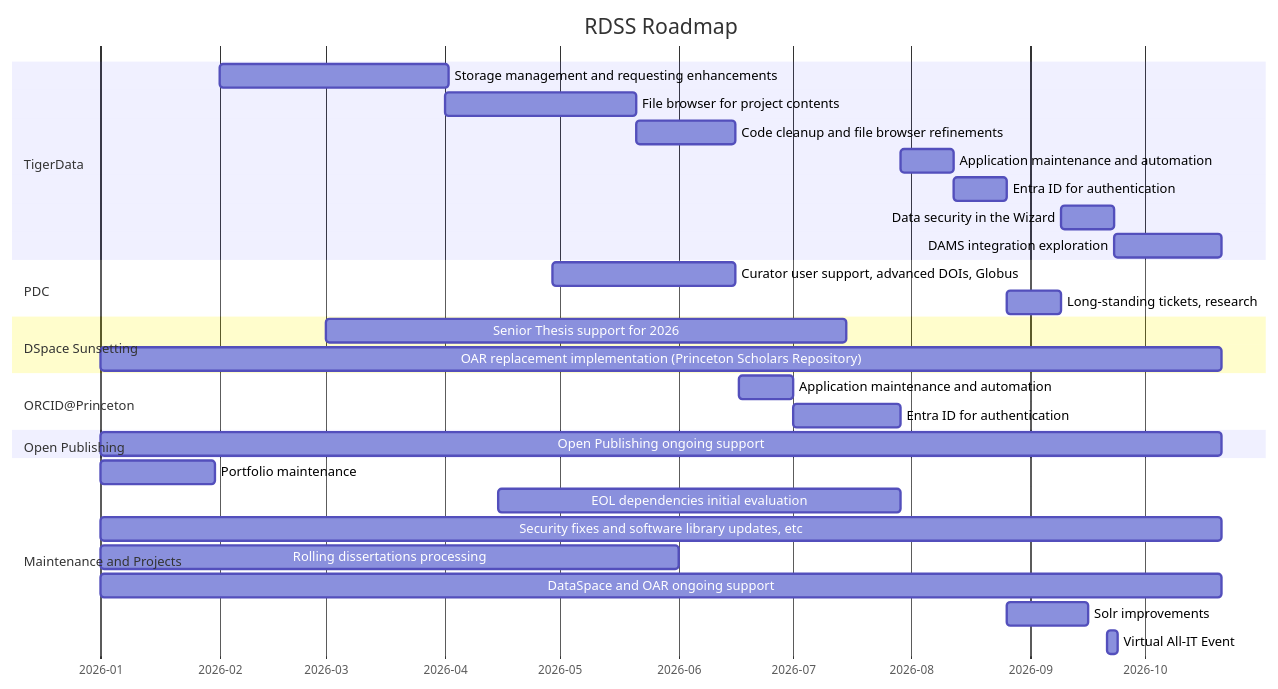
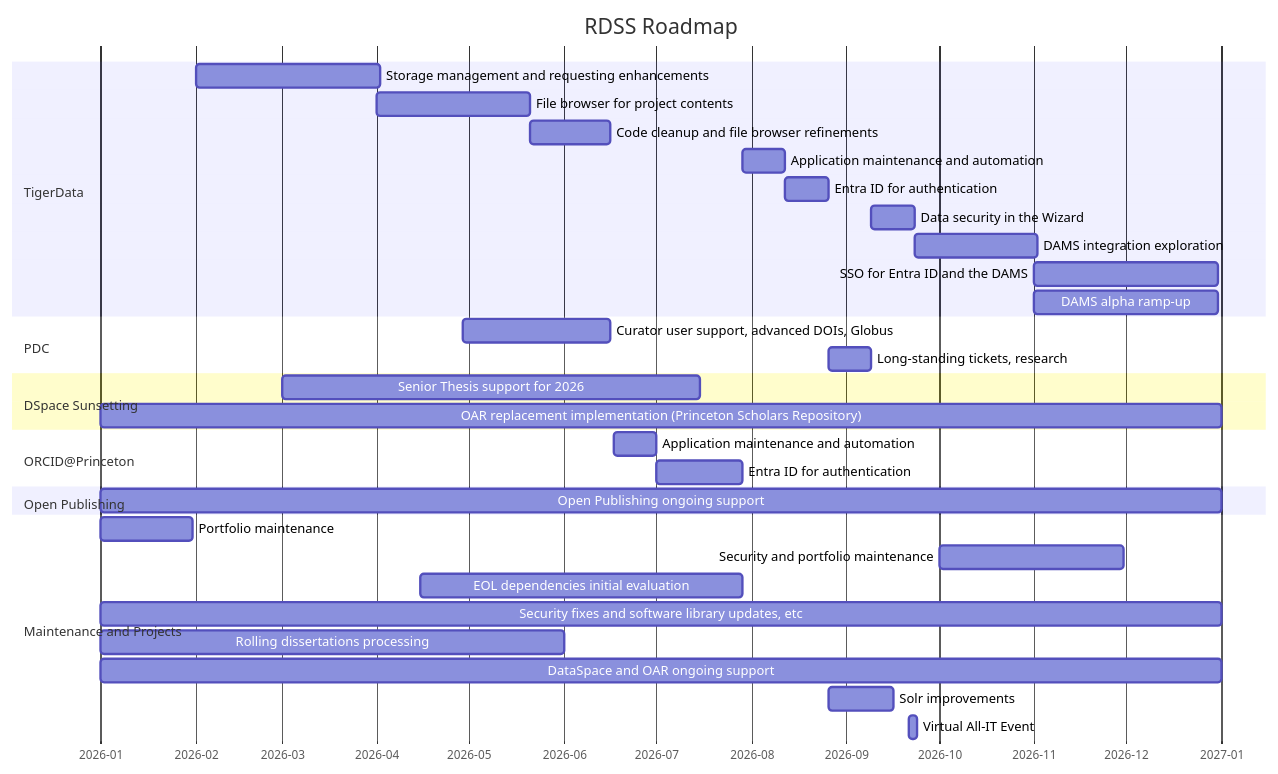
One commit to pulibrary/rdss-handbook changed the diagram in roadmap.md. Above: the diagram before and after it, drawn with Mermaid.

Commit message:
Roadmap updates for November and December 2026 (#387)

````diff
--- a/roadmap.md
+++ b/roadmap.md
@@ -5,39 +5,41 @@
 ```mermaid
 gantt
     title RDSS Roadmap
     axisFormat  %Y-%m
     dateformat YYYY-MM
 
     section TigerData
     Storage management and requesting enhancements: td1, 2026-02-01, 60d
     File browser for project contents: td2, 2026-04-01, 50d
     Code cleanup and file browser refinements: td3, 2026-05-21, 26d
     Application maintenance and automation: td4,2026-07-29, 14d
     Entra ID for authentication: td4,2026-08-12, 14d
     Data security in the Wizard: td5,2026-09-09, 14d
-    DAMS integration exploration: td5,2026-09-23, 28d
-
+    DAMS integration exploration: td6,2026-09-23, 40d
+    SSO for Entra ID and the DAMS: td7,2026-11-01, 60d
+    DAMS alpha ramp-up: td8,2026-11-01, 60d
     section PDC
     Curator user support, advanced DOIs, Globus: pdc1, 2026-04-29, 48d
     Long-standing tickets, research: pdc2, 2026-08-26, 14d
 
     section DSpace Sunsetting
     Senior Thesis support for 2026: dsp3, 2026-03-01, 136d
-    OAR replacement implementation (Princeton Scholars Repository): dsps5, 2026-01-01, 293d
+    OAR replacement implementation (Princeton Scholars Repository): dsps5, 2026-01-01, 365d
 
     section ORCID@Princeton
     Application maintenance and automation: orc1,2026-06-17, 14d
     Entra ID for authentication: orc1,2026-07-01, 28d
 
     section Open Publishing
-    Open Publishing ongoing support: dsp3,2026-01-01, 293d
+    Open Publishing ongoing support: dsp3,2026-01-01, 365d
 
     section Maintenance and Projects
     Portfolio maintenance: 2026-01-01, 30d
+    Security and portfolio maintenance: 2026-10-01, 60d
     EOL dependencies initial evaluation: 2026-04-15,105d
-    Security fixes and software library updates, etc: dsp1,2026-01-01, 293d
+    Security fixes and software library updates, etc: dsp1,2026-01-01, 365d
     Rolling dissertations processing: dsp2,2026-01-01, 151d
-    DataSpace and OAR ongoing support: dsp3,2026-01-01, 293d
+    DataSpace and OAR ongoing support: dsp3,2026-01-01, 365d
     Solr improvements: dsp4,2026-08-26, 21d
     Virtual All-IT Event: dsp5,2026-09-21, 3d
 ```
````
